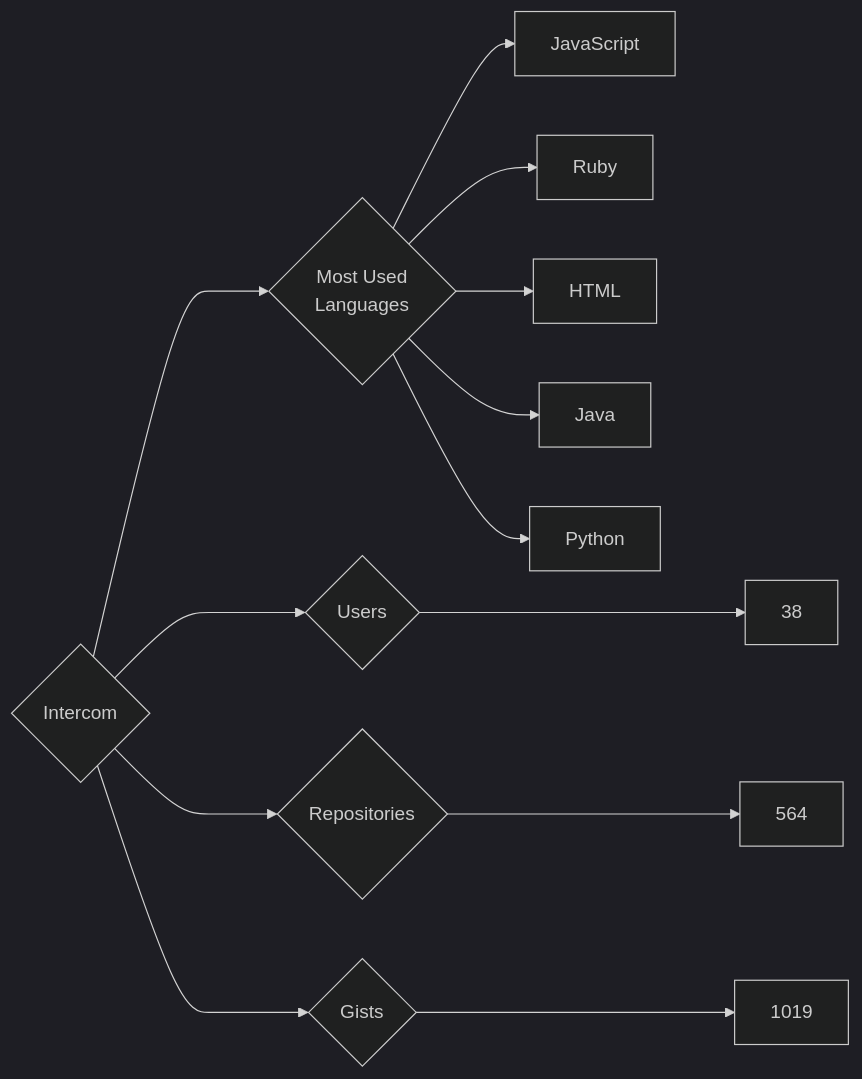
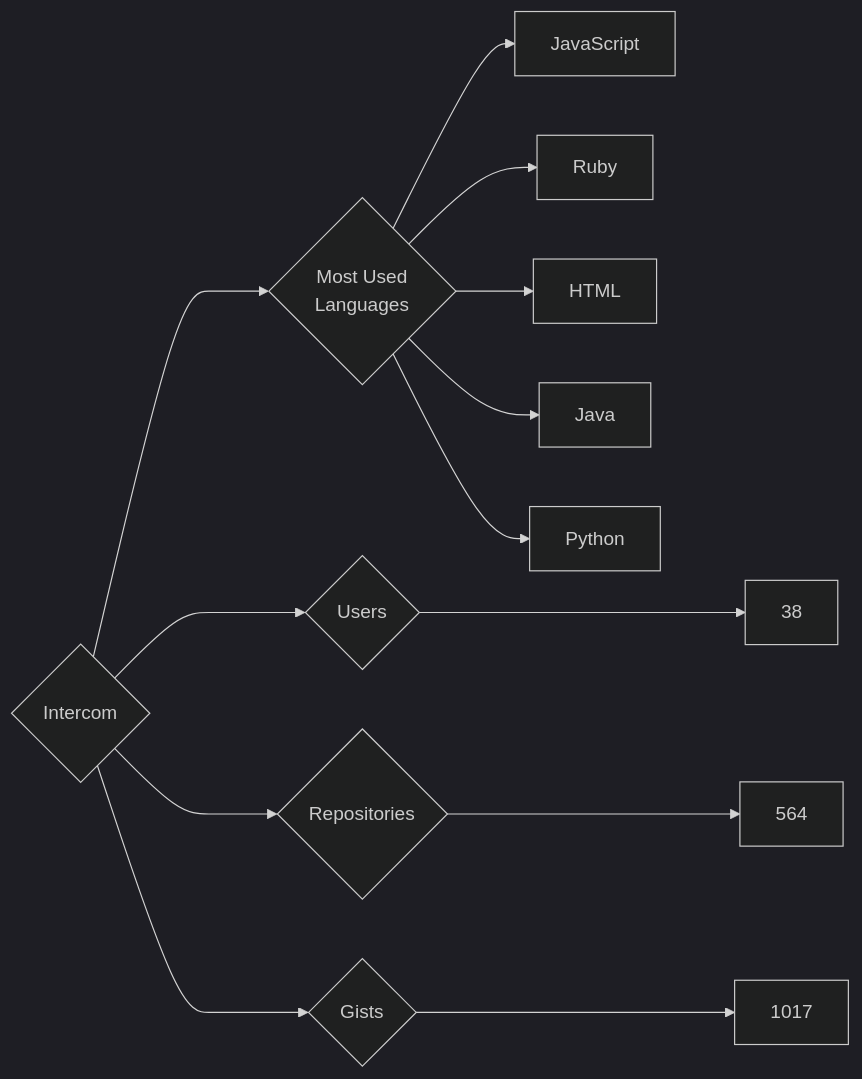
One commit to trickest/insiders changed the diagram in targets/Intercom/README.md. Above: the diagram before and after it, drawn with Mermaid (dark theme). The commit also changed 693 other files, not shown here.

````diff
--- a/targets/Intercom/README.md
+++ b/targets/Intercom/README.md
@@ -3,13 +3,13 @@
 ```mermaid
 graph LR
 COMPANY_NAME{Intercom}
 COMPANY_NAME ---> U{Users} ---> UN[38]
 COMPANY_NAME ---> R{Repositories} ---> RN[564]
-COMPANY_NAME ---> G{Gists} ---> GN[1019]
+COMPANY_NAME ---> G{Gists} ---> GN[1017]
 COMPANY_NAME ---> ML{Most Used<br>Languages}
 ML --> JavaScript[JavaScript]
 ML --> Ruby[Ruby]
 ML --> HTML[HTML]
 ML --> Java[Java]
 ML --> Python[Python]
 ```
````
